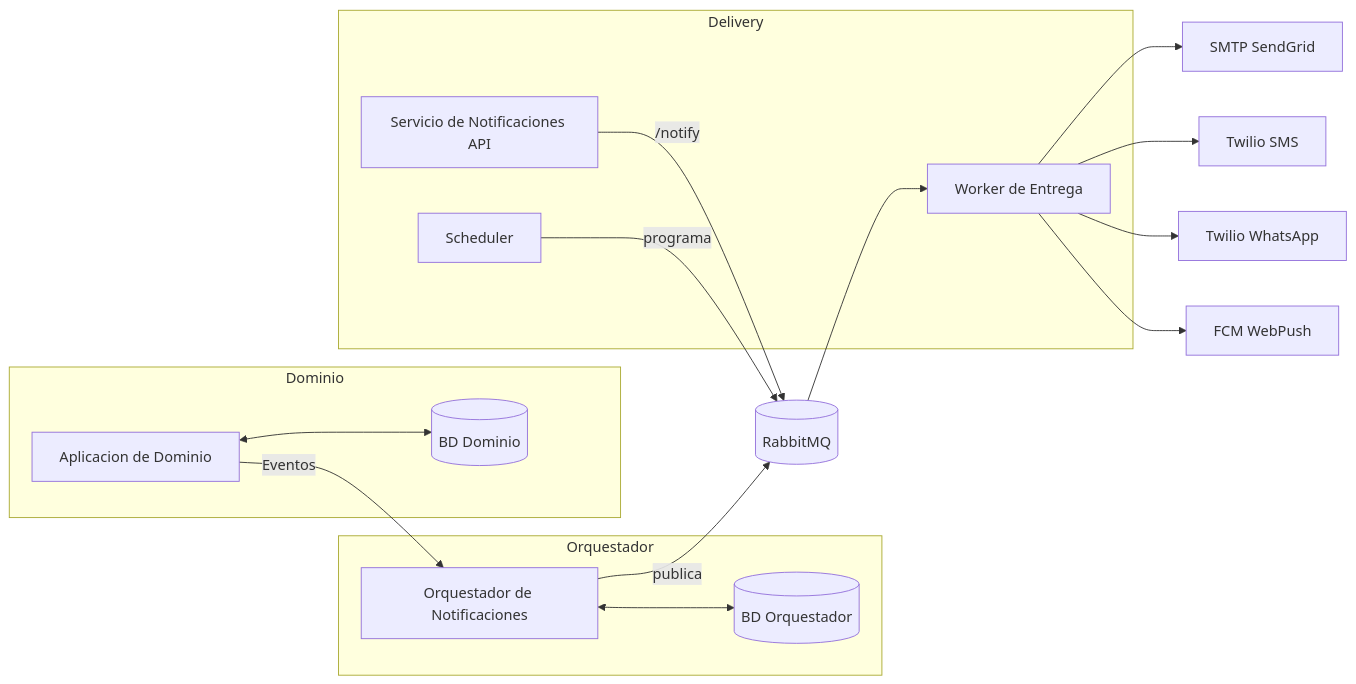
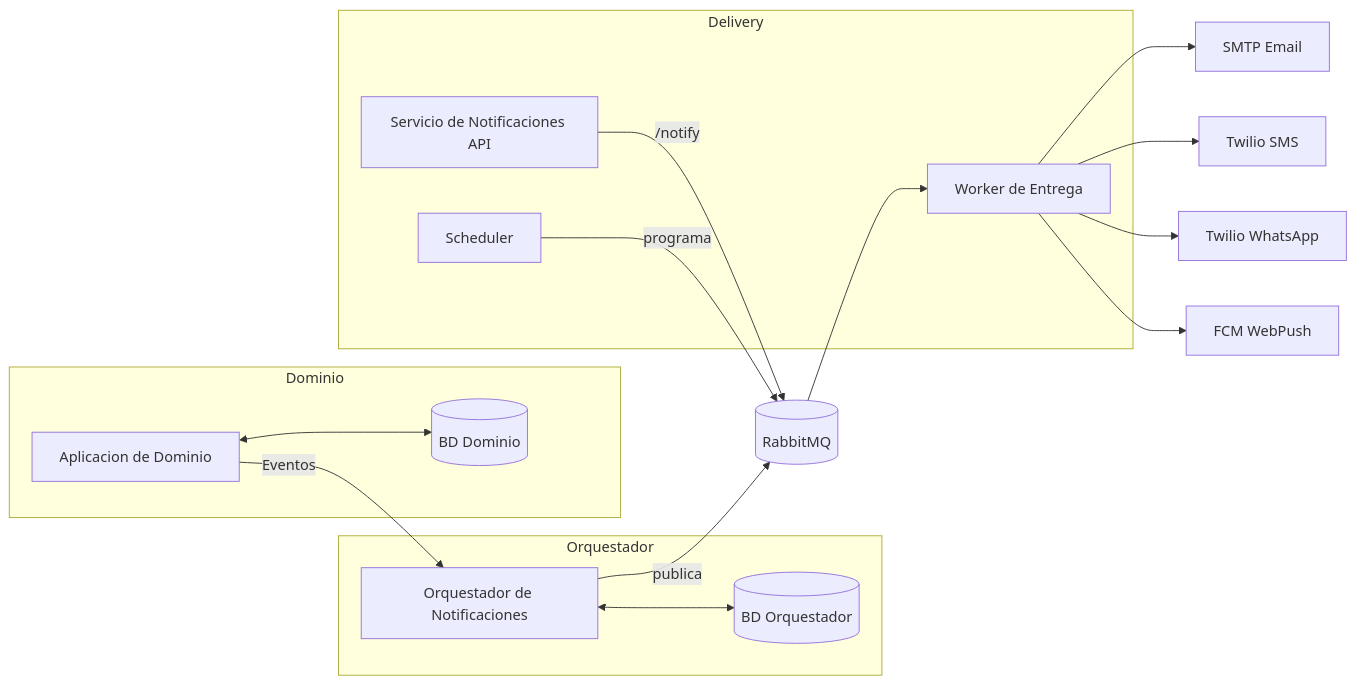
Before and after one commit to MiguelA05/notifications-service-micro: the third of 5 diagrams in README.md, drawn with Mermaid. The commit also changed other lines of this file and 3 other files, not shown here.

First line of the commit message:
Remove SendGrid support and dependencies from email channel

````diff
--- a/README.md
+++ b/README.md
@@ -52,33 +52,33 @@
 ```mermaid
 flowchart LR
     subgraph Dominio
         APP[Aplicacion de Dominio];
         DB_APP[(BD Dominio)];
         APP <--> DB_APP;
     end
 
     subgraph Orquestador
         ORCH[Orquestador de Notificaciones];
         DB_ORCH[(BD Orquestador)];
         ORCH <--> DB_ORCH;
     end
 
     subgraph Delivery
         API[Servicio de Notificaciones API];
         WRK[Worker de Entrega];
         SCH[Scheduler];
     end
 
     MQ[(RabbitMQ)];
 
     APP -->|Eventos| ORCH;
     ORCH -->|publica| MQ;
     API -->|/notify| MQ;
     SCH -->|programa| MQ;
     MQ --> WRK;
 
-    WRK --> SMTP[SMTP SendGrid];
+    WRK --> SMTP[SMTP Email];
     WRK --> SMS[Twilio SMS];
     WRK --> WA[Twilio WhatsApp];
     WRK --> PUSH[FCM WebPush];
 ```
````
